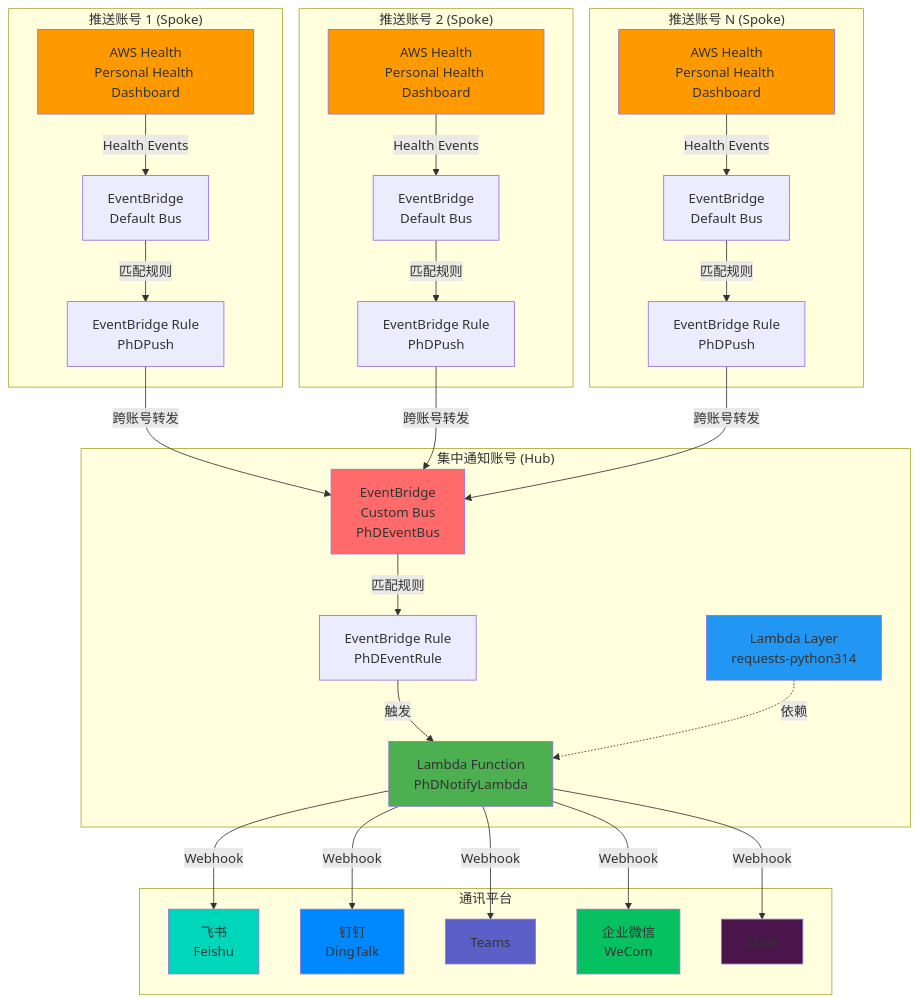
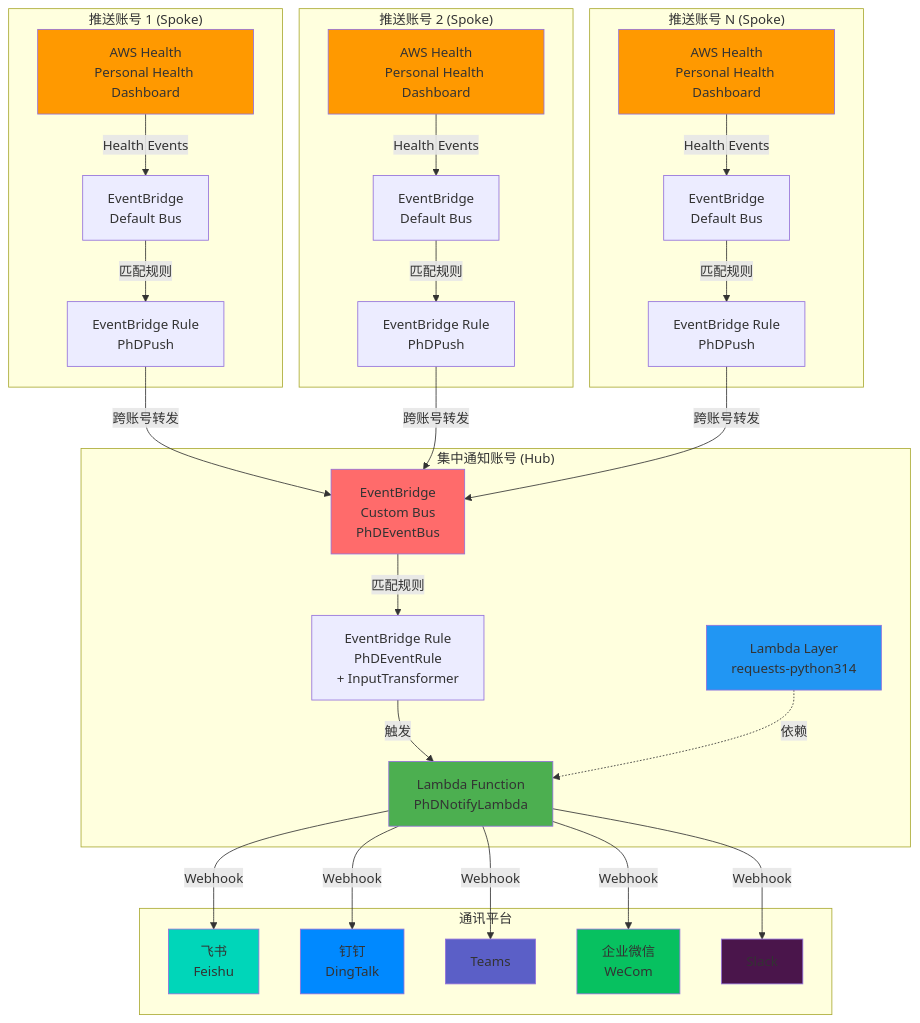
Before and after one commit to catersai/AWSCN-PhD-Notification: the first of 2 diagrams in ARCHITECTURE.md, drawn with Mermaid. The commit also changed other lines of this file and 3 other files, not shown here.

Commit message:
refactor: 将消息格式化从Lambda移至EventBridge InputTransformer

````diff
--- a/ARCHITECTURE.md
+++ b/ARCHITECTURE.md
@@ -5,67 +5,67 @@
 ```mermaid
 graph TB
     subgraph "推送账号 1 (Spoke)"
         PHD1[AWS Health<br/>Personal Health Dashboard]
         EB1[EventBridge<br/>Default Bus]
         Rule1[EventBridge Rule<br/>PhDPush]
         PHD1 -->|Health Events| EB1
         EB1 -->|匹配规则| Rule1
     end
 
     subgraph "推送账号 2 (Spoke)"
         PHD2[AWS Health<br/>Personal Health Dashboard]
         EB2[EventBridge<br/>Default Bus]
         Rule2[EventBridge Rule<br/>PhDPush]
         PHD2 -->|Health Events| EB2
         EB2 -->|匹配规则| Rule2
     end
 
     subgraph "推送账号 N (Spoke)"
         PHD3[AWS Health<br/>Personal Health Dashboard]
         EB3[EventBridge<br/>Default Bus]
         Rule3[EventBridge Rule<br/>PhDPush]
         PHD3 -->|Health Events| EB3
         EB3 -->|匹配规则| Rule3
     end
 
     subgraph "集中通知账号 (Hub)"
         CEB[EventBridge<br/>Custom Bus<br/>PhDEventBus]
-        CRule[EventBridge Rule<br/>PhDEventRule]
+        CRule[EventBridge Rule<br/>PhDEventRule<br/>+ InputTransformer]
         Lambda[Lambda Function<br/>PhDNotifyLambda]
         Layer[Lambda Layer<br/>requests-python314]
         
         CEB -->|匹配规则| CRule
         CRule -->|触发| Lambda
         Layer -.->|依赖| Lambda
     end
 
     subgraph "通讯平台"
         Feishu[飞书<br/>Feishu]
         DingTalk[钉钉<br/>DingTalk]
         Teams[Teams]
         WeCom[企业微信<br/>WeCom]
         Slack[Slack]
     end
 
     Rule1 -->|跨账号转发| CEB
     Rule2 -->|跨账号转发| CEB
     Rule3 -->|跨账号转发| CEB
 
     Lambda -->|Webhook| Feishu
     Lambda -->|Webhook| DingTalk
     Lambda -->|Webhook| Teams
     Lambda -->|Webhook| WeCom
     Lambda -->|Webhook| Slack
 
     style PHD1 fill:#FF9900
     style PHD2 fill:#FF9900
     style PHD3 fill:#FF9900
     style CEB fill:#FF6B6B
     style Lambda fill:#4CAF50
     style Layer fill:#2196F3
     style Feishu fill:#00D6B9
     style DingTalk fill:#0089FF
     style Teams fill:#5B5FC7
     style WeCom fill:#07C160
     style Slack fill:#4A154B
 ```
````
